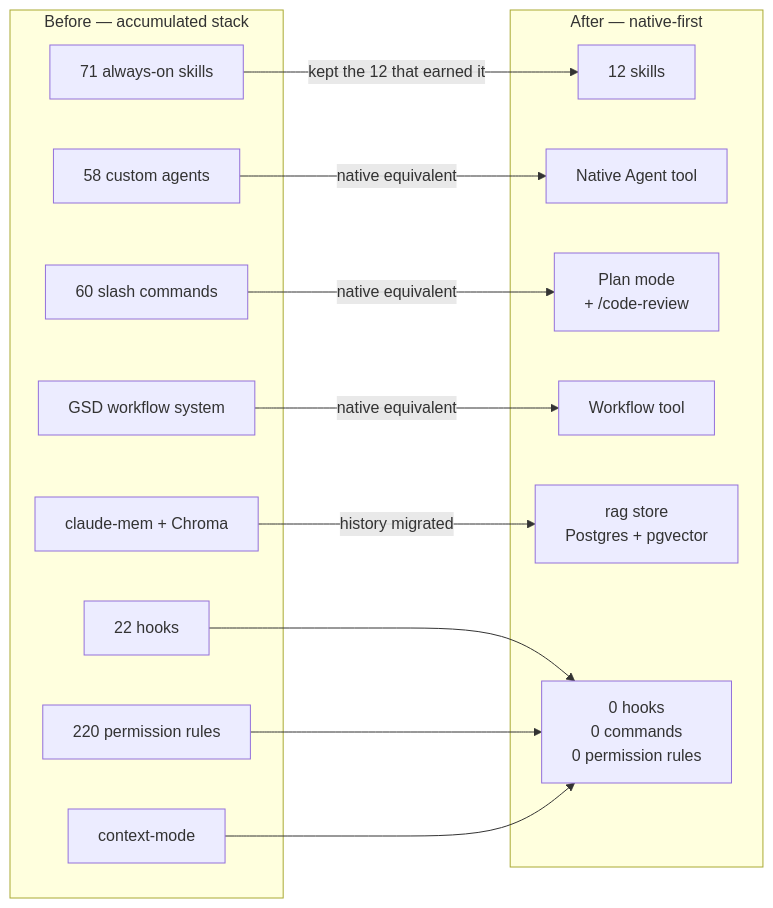
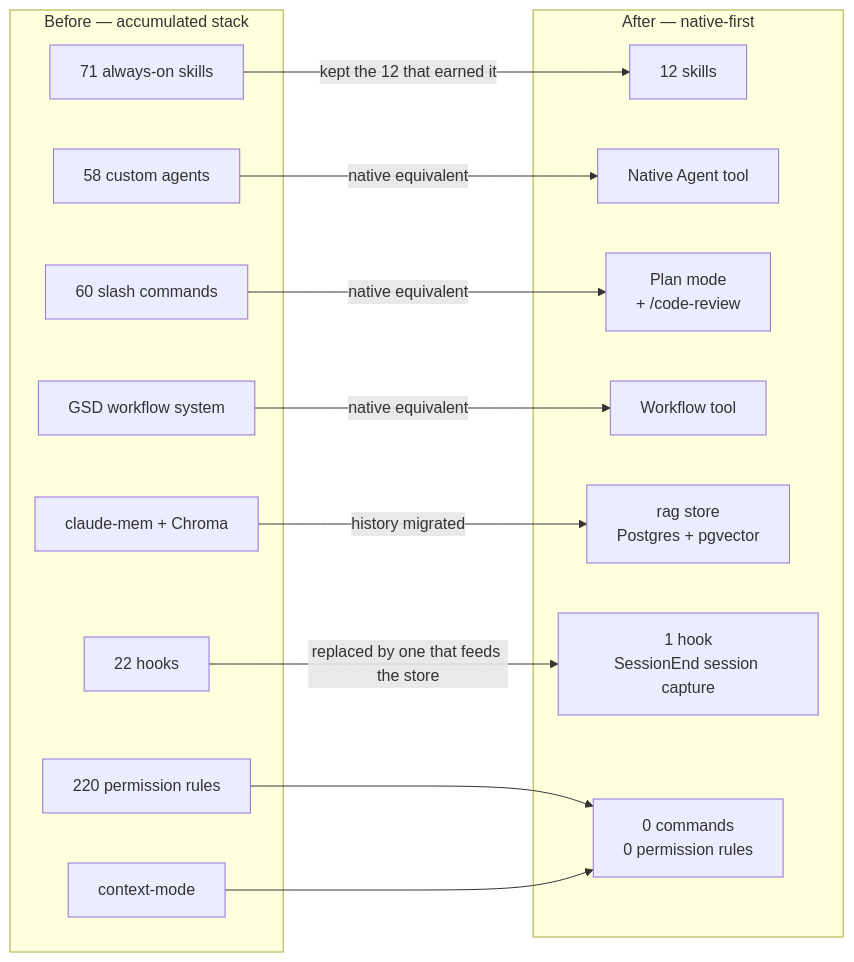
Before and after one commit to emstacho-su/agentic-harness: the diagram in docs/harness-reset.md, drawn with Mermaid. The commit also changed other lines of this file and 8 other files, not shown here.

````diff
--- a/docs/harness-reset.md
+++ b/docs/harness-reset.md
@@ -16,31 +16,32 @@
 ```mermaid
 flowchart LR
     subgraph old["Before — accumulated stack"]
         s["71 always-on skills"]
         ag["58 custom agents"]
         cmd["60 slash commands"]
         hk["22 hooks"]
         perm["220 permission rules"]
         gsd["GSD workflow system"]
         cm["claude-mem + Chroma"]
         ctx["context-mode"]
     end
 
     subgraph new["After — native-first"]
         s2["12 skills"]
         native["Native Agent tool"]
         plan["Plan mode<br/>+ /code-review"]
         wf["Workflow tool"]
         rag["rag store<br/>Postgres + pgvector"]
-        zero["0 hooks<br/>0 commands<br/>0 permission rules"]
+        hook["1 hook<br/>SessionEnd session capture"]
+        zero["0 commands<br/>0 permission rules"]
     end
 
     s -->|"kept the 12 that earned it"| s2
     ag -->|"native equivalent"| native
     cmd -->|"native equivalent"| plan
     gsd -->|"native equivalent"| wf
     cm -->|"history migrated"| rag
-    hk --> zero
+    hk -->|"replaced by one that feeds the store"| hook
     perm --> zero
     ctx --> zero
 ```
````
